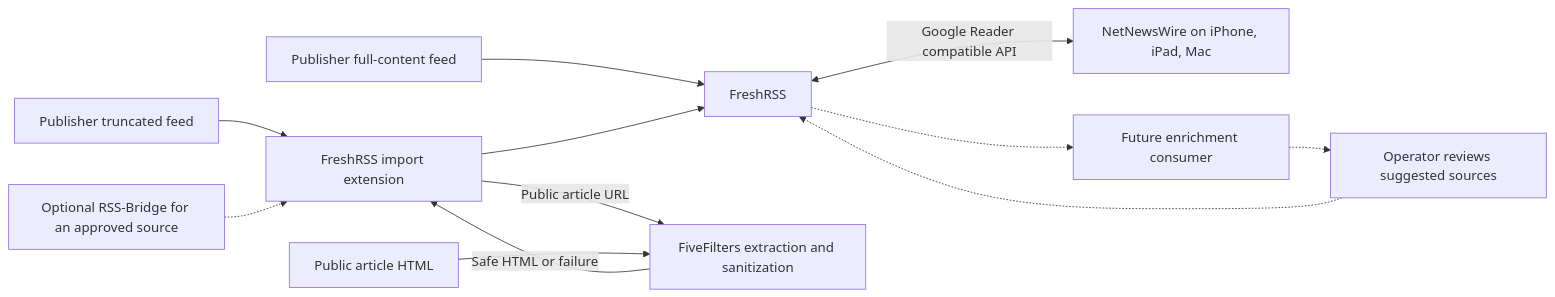
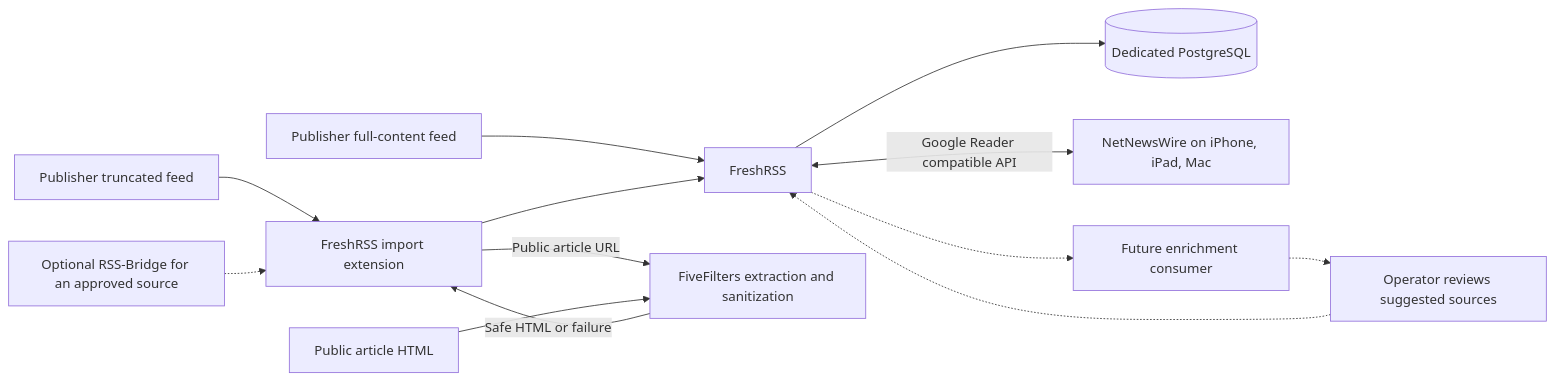
One commit to supermorphic/homelab-talos changed the diagram in docs/specs/033-self-hosted-news-reading.md. Above: the diagram before and after it, drawn with Mermaid. The commit also changed other lines of this file, not shown here.

Commit message:
docs: select PostgreSQL for news reading

````diff
--- a/docs/specs/033-self-hosted-news-reading.md
+++ b/docs/specs/033-self-hosted-news-reading.md
@@ -34,14 +35,15 @@
 ```mermaid
 flowchart LR
     P[Publisher full-content feed] --> F[FreshRSS]
     S[Publisher truncated feed] --> I[FreshRSS import extension]
     I -->|Public article URL| X[FiveFilters extraction and sanitization]
     A[Public article HTML] --> X
     X -->|Safe HTML or failure| I
     I --> F
     B[Optional RSS-Bridge for an approved source] -.-> I
+    F --> D[(Dedicated PostgreSQL)]
     F <-->|Google Reader compatible API| N[NetNewsWire on iPhone, iPad, Mac]
     F -.-> E[Future enrichment consumer]
     E -.-> O[Operator reviews suggested sources]
     O -.-> F
 ```
````
